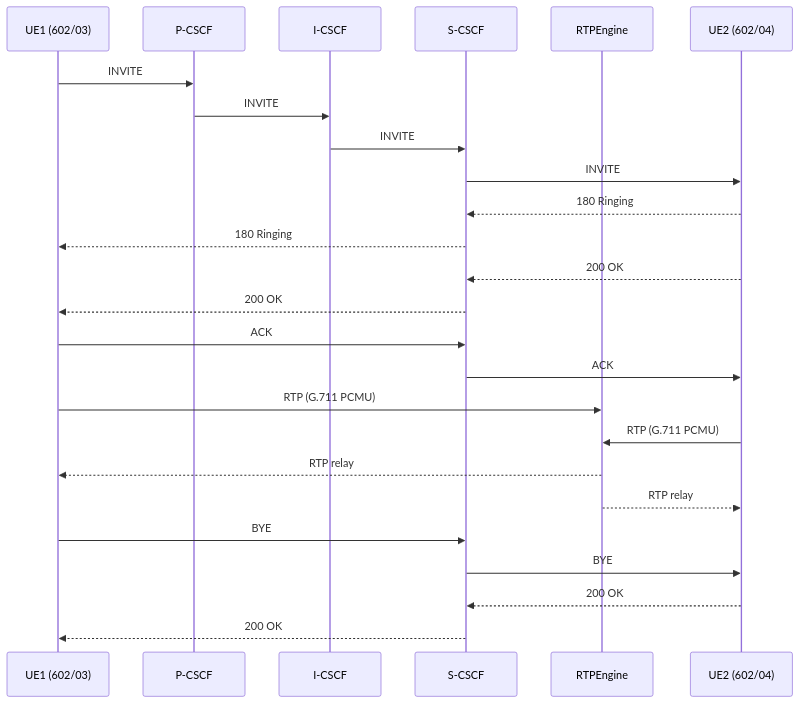
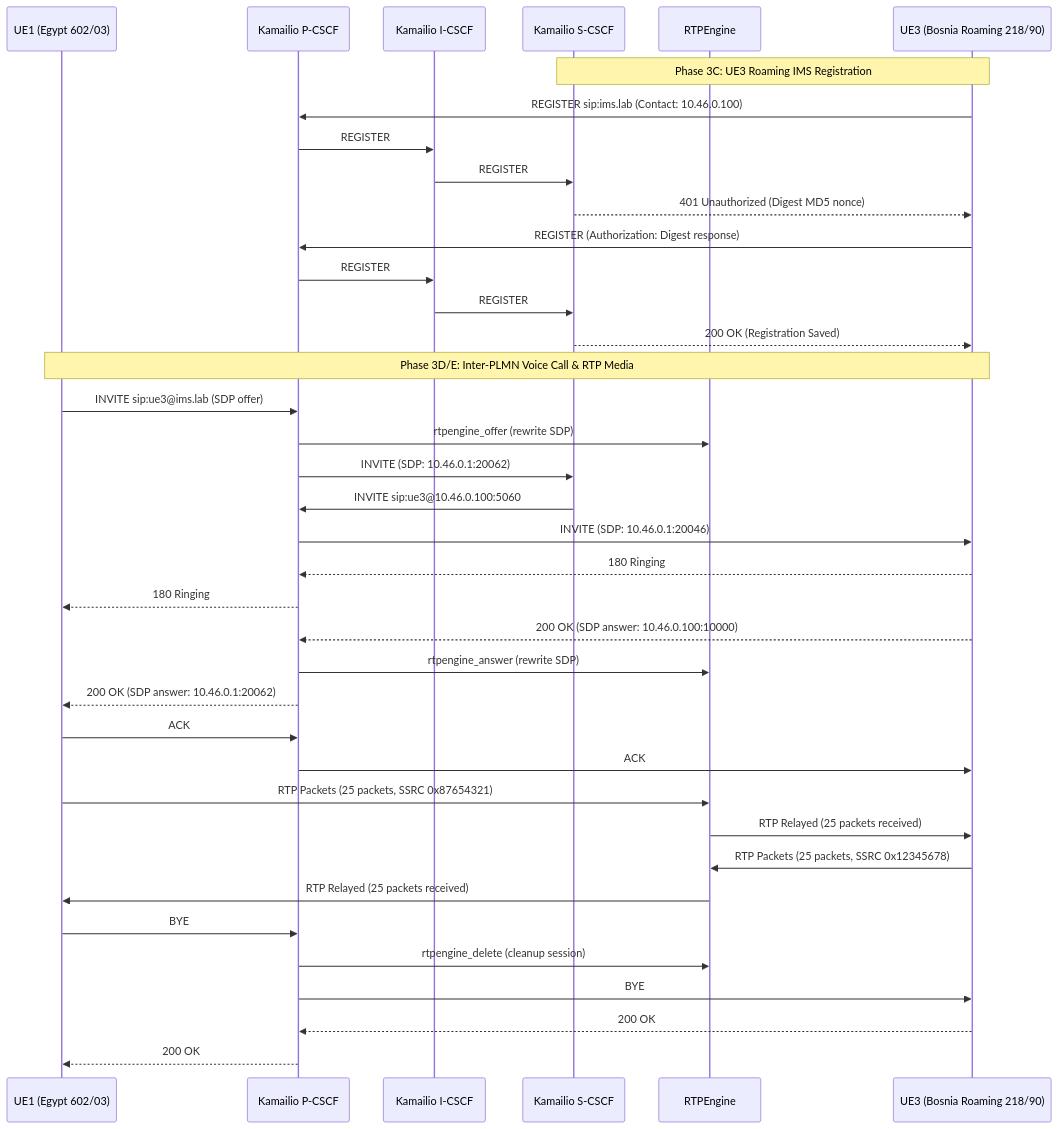
One commit to khattabpi/Open-Telecom-Lab changed the second of 2 diagrams in README.md. Above: the diagram before and after it, drawn with Mermaid. The commit also changed other lines of this file and 12 other files, not shown here.

Commit message:
phase3: finalize IMS roaming and inter-PLMN voice validation

````diff
--- a/README.md
+++ b/README.md
@@ -186,28 +148,44 @@
 ```mermaid
 sequenceDiagram
-    participant UE1 as UE1 (602/03)
-    participant PCSCF as P-CSCF
-    participant ICSCF as I-CSCF
-    participant SCSCF as S-CSCF
+    participant UE1 as UE1 (Egypt 602/03)
+    participant PCSCF as Kamailio P-CSCF
+    participant ICSCF as Kamailio I-CSCF
+    participant SCSCF as Kamailio S-CSCF
     participant RTPE as RTPEngine
-    participant UE2 as UE2 (602/04)
+    participant UE3 as UE3 (Bosnia Roaming 218/90)
 
-    UE1->>PCSCF: INVITE
-    PCSCF->>ICSCF: INVITE
-    ICSCF->>SCSCF: INVITE
-    SCSCF->>UE2: INVITE
-    UE2-->>SCSCF: 180 Ringing
-    SCSCF-->>UE1: 180 Ringing
-    UE2-->>SCSCF: 200 OK
-    SCSCF-->>UE1: 200 OK
-    UE1->>SCSCF: ACK
-    SCSCF->>UE2: ACK
-    UE1->>RTPE: RTP (G.711 PCMU)
-    UE2->>RTPE: RTP (G.711 PCMU)
-    RTPE-->>UE1: RTP relay
-    RTPE-->>UE2: RTP relay
-    UE1->>SCSCF: BYE
-    SCSCF->>UE2: BYE
-    UE2-->>SCSCF: 200 OK
-    SCSCF-->>UE1: 200 OK
+    Note over UE3,SCSCF: Phase 3C: UE3 Roaming IMS Registration
+    UE3->>PCSCF: REGISTER sip:ims.lab (Contact: 10.46.0.100)
+    PCSCF->>ICSCF: REGISTER
+    ICSCF->>SCSCF: REGISTER
+    SCSCF-->>UE3: 401 Unauthorized (Digest MD5 nonce)
+    UE3->>PCSCF: REGISTER (Authorization: Digest response)
+    PCSCF->>ICSCF: REGISTER
+    ICSCF->>SCSCF: REGISTER
+    SCSCF-->>UE3: 200 OK (Registration Saved)
+
+    Note over UE1,UE3: Phase 3D/E: Inter-PLMN Voice Call & RTP Media
+    UE1->>PCSCF: INVITE sip:ue3@ims.lab (SDP offer)
+    PCSCF->>RTPE: rtpengine_offer (rewrite SDP)
+    PCSCF->>SCSCF: INVITE (SDP: 10.46.0.1:20062)
+    SCSCF->>PCSCF: INVITE sip:ue3@10.46.0.100:5060
+    PCSCF->>UE3: INVITE (SDP: 10.46.0.1:20046)
+    UE3-->>PCSCF: 180 Ringing
+    PCSCF-->>UE1: 180 Ringing
+    UE3-->>PCSCF: 200 OK (SDP answer: 10.46.0.100:10000)
+    PCSCF->>RTPE: rtpengine_answer (rewrite SDP)
+    PCSCF-->>UE1: 200 OK (SDP answer: 10.46.0.1:20062)
+    UE1->>PCSCF: ACK
+    PCSCF->>UE3: ACK
+
+    UE1->>RTPE: RTP Packets (25 packets, SSRC 0x87654321)
+    RTPE->>UE3: RTP Relayed (25 packets received)
+    UE3->>RTPE: RTP Packets (25 packets, SSRC 0x12345678)
+    RTPE->>UE1: RTP Relayed (25 packets received)
+
+    UE1->>PCSCF: BYE
+    PCSCF->>RTPE: rtpengine_delete (cleanup session)
+    PCSCF->>UE3: BYE
+    UE3-->>PCSCF: 200 OK
+    PCSCF-->>UE1: 200 OK
 ```
````
